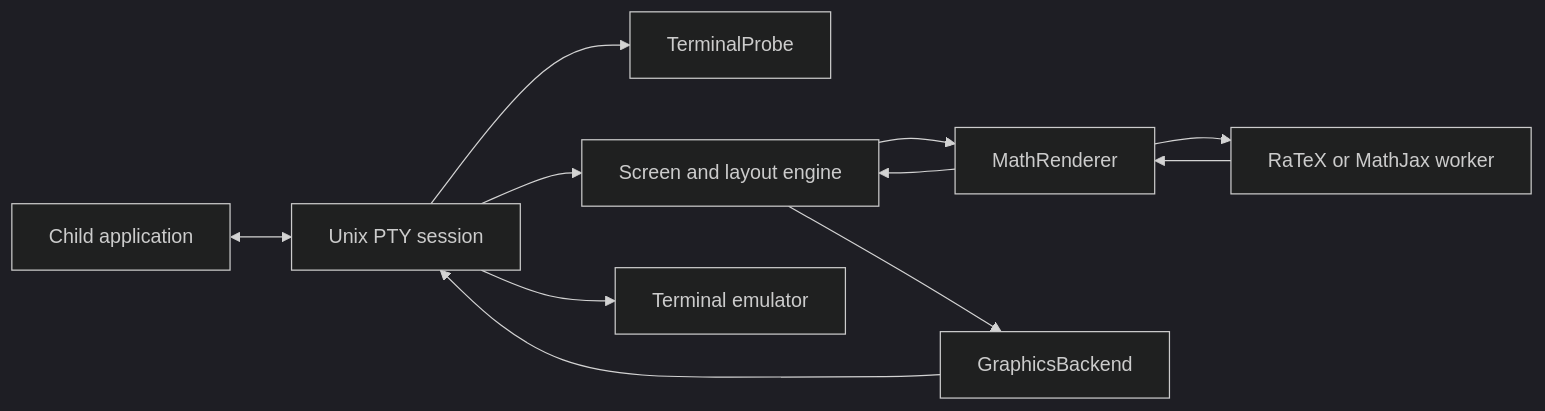
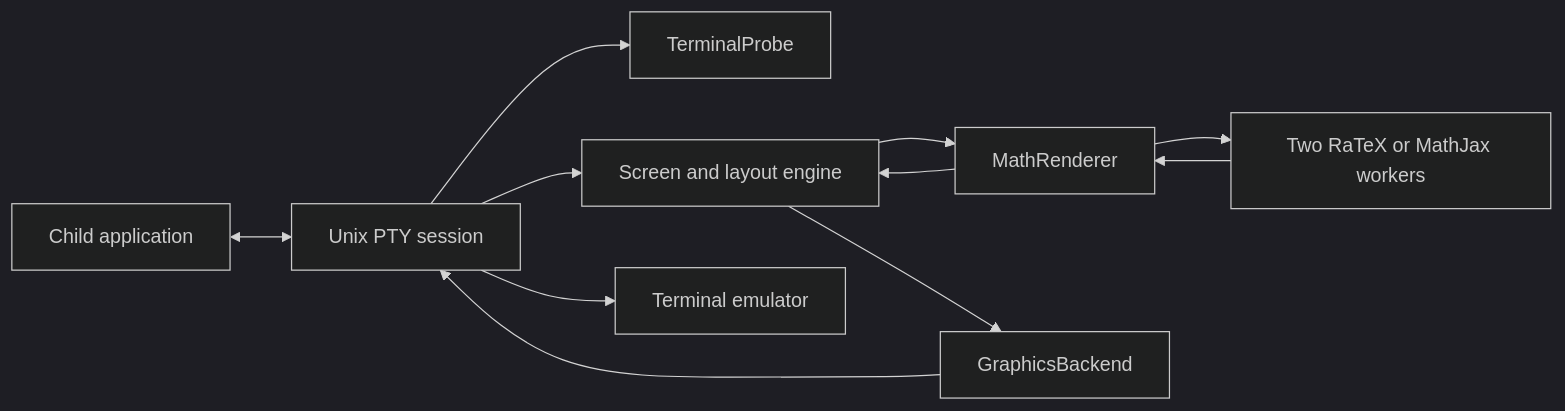
Before and after one commit to tingkai-c/TermiTex: the diagram in docs/architecture.md, drawn with Mermaid (dark theme). The commit also changed other lines of this file and 6 other files, not shown here.

````diff
--- a/docs/architecture.md
+++ b/docs/architecture.md
@@ -5,13 +5,13 @@
 ```mermaid
 flowchart LR
     Child[Child application] <--> Session[Unix PTY session]
     Session --> Probe[TerminalProbe]
     Session --> Engine[Screen and layout engine]
     Engine --> Renderer[MathRenderer]
-    Renderer --> Worker[RaTeX or MathJax worker]
+    Renderer --> Worker[Two RaTeX or MathJax workers]
     Worker --> Renderer
     Renderer --> Engine
     Engine --> Graphics[GraphicsBackend]
     Graphics --> Session
     Session --> Terminal[Terminal emulator]
 ```
````
